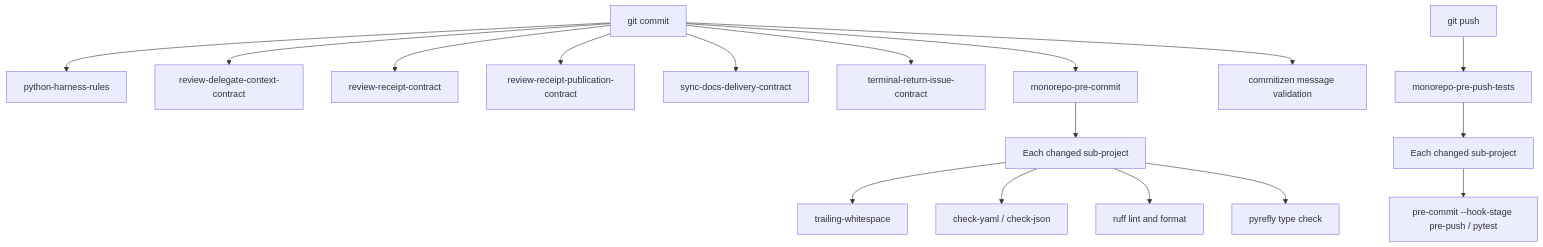
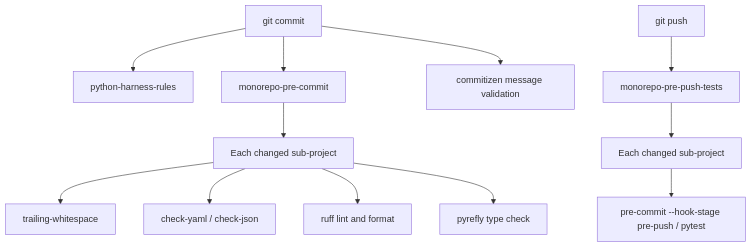
One commit to E5presso/spakky-framework changed the diagram in CONTRIBUTING.md. Above: the diagram before and after it, drawn with Mermaid. The commit also changed other lines of this file and 114 other files, not shown here.

````diff
--- a/CONTRIBUTING.md
+++ b/CONTRIBUTING.md
@@ -119,22 +119,17 @@
 ```mermaid
 flowchart TD
     commit[git commit]
     commit --> pythonharness[python-harness-rules]
-    commit --> reviewcontract[review-delegate-context-contract]
-    commit --> receiptcontract[review-receipt-contract]
-    commit --> publicationcontract[review-receipt-publication-contract]
-    commit --> syncdocscontract[sync-docs-delivery-contract]
-    commit --> terminal[terminal-return-issue-contract]
     commit --> precommit[monorepo-pre-commit]
     commit --> commitizen[commitizen message validation]
     precommit --> changed[Each changed sub-project]
     changed --> whitespace[trailing-whitespace]
     changed --> syntax[check-yaml / check-json]
     changed --> ruff[ruff lint and format]
     changed --> pyrefly[pyrefly type check]
 
     push[git push]
     push --> prepush[monorepo-pre-push-tests]
     prepush --> subproject[Each changed sub-project]
     subproject --> pytest[pre-commit --hook-stage pre-push / pytest]
 ```
````
